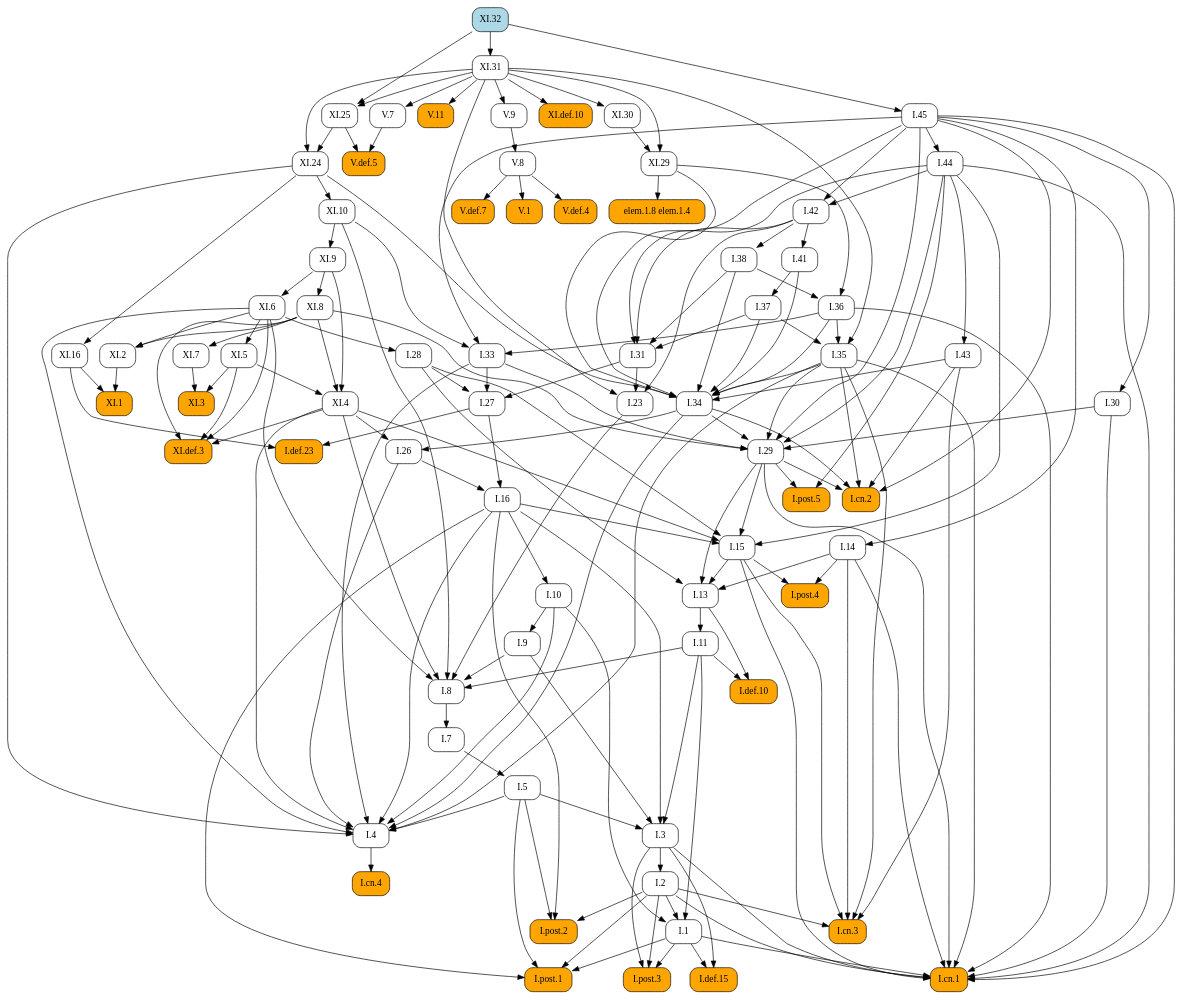
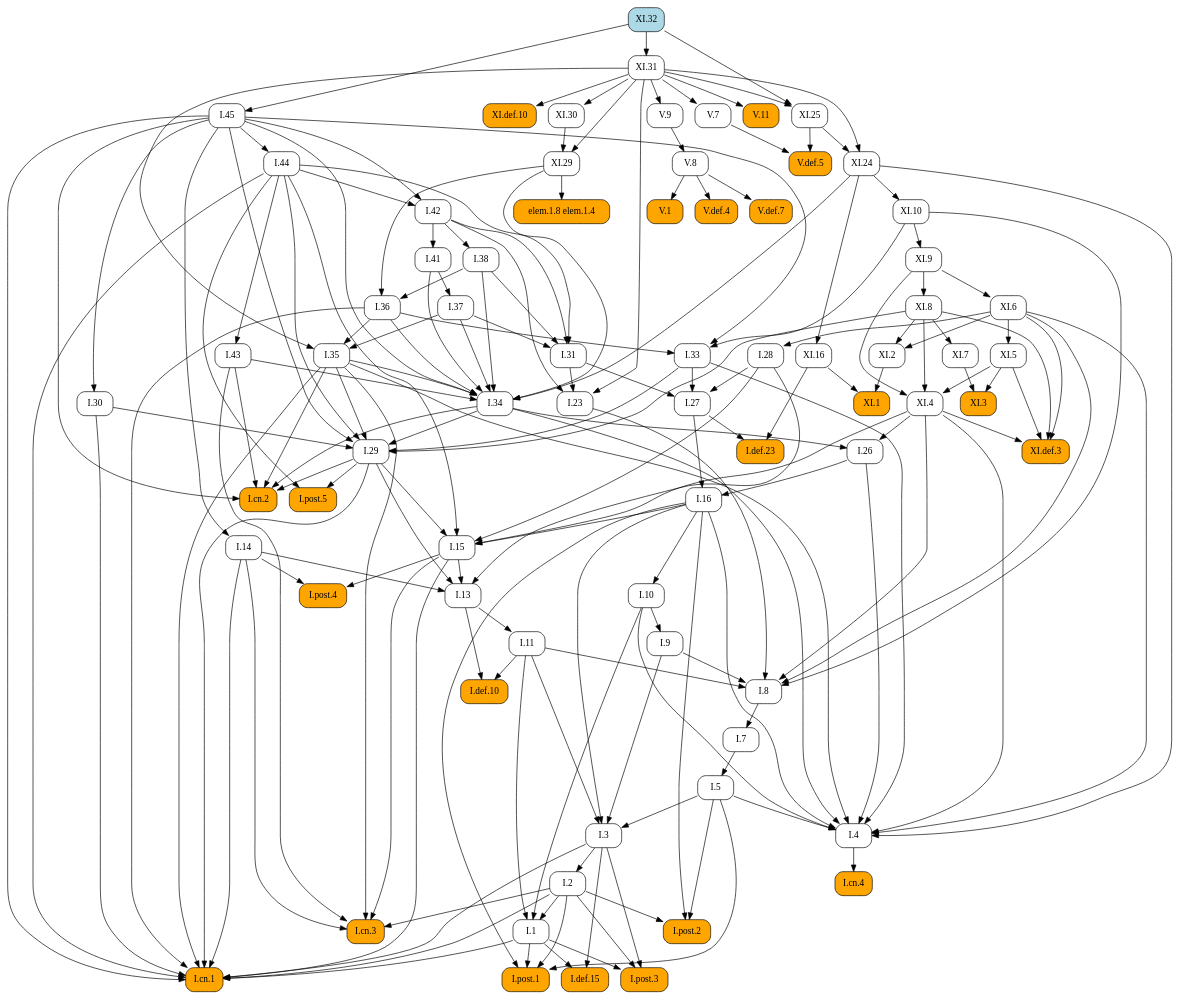
Before and after one commit to geometor/elements: the diagram in docsrc/heath/XI/32/index.rst, drawn with Graphviz. The commit also changed other lines of this file and 1029 other files, not shown here.

```diff
--- a/docsrc/heath/XI/32/index.rst
+++ b/docsrc/heath/XI/32/index.rst
@@ -36,92 +36,117 @@
    digraph {
      rankdir="TB";
      node [shape=box, style=rounded];
+     "I.def.10" [style="rounded,filled", fillcolor=orange, URL="/heath/I/def.10/", target="_top"];
+     "I.11" [URL="/heath/I/11/", target="_top"];
+     "I.post.4" [style="rounded,filled", fillcolor=orange, URL="/heath/I/post.4/", target="_top"];
+     "I.1" [URL="/heath/I/1/", target="_top"];
+     "I.28" [URL="/heath/I/28/", target="_top"];
+     "XI.7" [URL="/heath/XI/7/", target="_top"];
+     "V.def.5" [style="rounded,filled", fillcolor=orange, URL="/heath/V/def.5/", target="_top"];
+     "XI.9" [URL="/heath/XI/9/", target="_top"];
+     "XI.8" [URL="/heath/XI/8/", target="_top"];
+     "V.11" [style="rounded,filled", fillcolor=orange, URL="/heath/V/11/", target="_top"];
+     "I.post.3" [style="rounded,filled", fillcolor=orange, URL="/heath/I/post.3/", target="_top"];
+     "XI.1" [style="rounded,filled", fillcolor=orange, URL="/heath/XI/1/", target="_top"];
+     "I.cn.3" [style="rounded,filled", fillcolor=orange, URL="/heath/I/cn.3/", target="_top"];
+     "XI.25" [URL="/heath/XI/25/", target="_top"];
+     "I.14" [URL="/heath/I/14/", target="_top"];
+     "XI.2" [URL="/heath/XI/2/", target="_top"];
+     "XI.16" [URL="/heath/XI/16/", target="_top"];
+     "XI.31" [URL="/heath/XI/31/", target="_top"];
+     "I.27" [URL="/heath/I/27/", target="_top"];
+     "I.41" [URL="/heath/I/41/", target="_top"];
+     "V.8" [URL="/heath/V/8/", target="_top"];
+     "I.36" [URL="/heath/I/36/", target="_top"];
+     "I.34" [URL="/heath/I/34/", target="_top"];
+     "I.37" [URL="/heath/I/37/", target="_top"];
+     "I.2" [URL="/heath/I/2/", target="_top"];
+     "I.def.23" [style="rounded,filled", fillcolor=orange, URL="/heath/I/def.23/", target="_top"];
+     "elem.1.8 elem.1.4" [style="rounded,filled", fillcolor=orange];
+     "XI.32" [style="rounded,filled", fillcolor=lightblue, URL="/heath/XI/32/", target="_top"];
+     "I.33" [URL="/heath/I/33/", target="_top"];
+     "I.post.2" [style="rounded,filled", fillcolor=orange, URL="/heath/I/post.2/", target="_top"];
+     "I.45" [URL="/heath/I/45/", target="_top"];
+     "I.42" [URL="/heath/I/42/", target="_top"];
+     "I.9" [URL="/heath/I/9/", target="_top"];
+     "I.cn.4" [style="rounded,filled", fillcolor=orange, URL="/heath/I/cn.4/", target="_top"];
+     "V.def.4" [style="rounded,filled", fillcolor=orange, URL="/heath/V/def.4/", target="_top"];
+     "I.15" [URL="/heath/I/15/", target="_top"];
+     "I.38" [URL="/heath/I/38/", target="_top"];
+     "V.def.7" [style="rounded,filled", fillcolor=orange, URL="/heath/V/def.7/", target="_top"];
+     "I.5" [URL="/heath/I/5/", target="_top"];
+     "XI.def.3" [style="rounded,filled", fillcolor=orange, URL="/heath/XI/def.3/", target="_top"];
+     "I.26" [URL="/heath/I/26/", target="_top"];
+     "I.29" [URL="/heath/I/29/", target="_top"];
+     "I.cn.2" [style="rounded,filled", fillcolor=orange, URL="/heath/I/cn.2/", target="_top"];
+     "XI.30" [URL="/heath/XI/30/", target="_top"];
+     "I.def.15" [style="rounded,filled", fillcolor=orange, URL="/heath/I/def.15/", target="_top"];
+     "XI.5" [URL="/heath/XI/5/", target="_top"];
+     "I.cn.1" [style="rounded,filled", fillcolor=orange, URL="/heath/I/cn.1/", target="_top"];
+     "I.30" [URL="/heath/I/30/", target="_top"];
+     "V.7" [URL="/heath/V/7/", target="_top"];
+     "XI.29" [URL="/heath/XI/29/", target="_top"];
+     "V.9" [URL="/heath/V/9/", target="_top"];
+     "I.23" [URL="/heath/I/23/", target="_top"];
+     "I.43" [URL="/heath/I/43/", target="_top"];
+     "I.post.1" [style="rounded,filled", fillcolor=orange, URL="/heath/I/post.1/", target="_top"];
+     "XI.6" [URL="/heath/XI/6/", target="_top"];
+     "I.35" [URL="/heath/I/35/", target="_top"];
+     "I.7" [URL="/heath/I/7/", target="_top"];
+     "I.3" [URL="/heath/I/3/", target="_top"];
+     "I.4" [URL="/heath/I/4/", target="_top"];
+     "I.13" [URL="/heath/I/13/", target="_top"];
+     "XI.def.10" [style="rounded,filled", fillcolor=orange, URL="/heath/XI/def.10/", target="_top"];
+     "I.31" [URL="/heath/I/31/", target="_top"];
      "V.1" [style="rounded,filled", fillcolor=orange, URL="/heath/V/1/", target="_top"];
-     "XI.32" [style="rounded,filled", fillcolor=lightblue, URL="/heath/XI/32/", target="_top"];
-     "I.29" [URL="/heath/I/29/", target="_top"];
-     "I.7" [URL="/heath/I/7/", target="_top"];
-     "I.27" [URL="/heath/I/27/", target="_top"];
-     "I.def.23" [style="rounded,filled", fillcolor=orange, URL="/heath/I/def.23/", target="_top"];
-     "I.34" [URL="/heath/I/34/", target="_top"];
+     "I.16" [URL="/heath/I/16/", target="_top"];
      "I.8" [URL="/heath/I/8/", target="_top"];
-     "I.9" [URL="/heath/I/9/", target="_top"];
      "XI.4" [URL="/heath/XI/4/", target="_top"];
-     "I.post.4" [style="rounded,filled", fillcolor=orange, URL="/heath/I/post.4/", target="_top"];
-     "I.2" [URL="/heath/I/2/", target="_top"];
-     "I.28" [URL="/heath/I/28/", target="_top"];
-     "XI.1" [style="rounded,filled", fillcolor=orange, URL="/heath/XI/1/", target="_top"];
-     "I.cn.4" [style="rounded,filled", fillcolor=orange, URL="/heath/I/cn.4/", target="_top"];
-     "XI.31" [URL="/heath/XI/31/", target="_top"];
-     "XI.25" [URL="/heath/XI/25/", target="_top"];
-     "I.23" [URL="/heath/I/23/", target="_top"];
-     "I.13" [URL="/heath/I/13/", target="_top"];
-     "I.5" [URL="/heath/I/5/", target="_top"];
-     "I.11" [URL="/heath/I/11/", target="_top"];
-     "XI.def.10" [style="rounded,filled", fillcolor=orange, URL="/heath/XI/def.10/", target="_top"];
-     "I.4" [URL="/heath/I/4/", target="_top"];
-     "XI.5" [URL="/heath/XI/5/", target="_top"];
-     "I.43" [URL="/heath/I/43/", target="_top"];
-     "I.def.10" [style="rounded,filled", fillcolor=orange, URL="/heath/I/def.10/", target="_top"];
-     "I.post.3" [style="rounded,filled", fillcolor=orange, URL="/heath/I/post.3/", target="_top"];
-     "V.9" [URL="/heath/V/9/", target="_top"];
-     "XI.30" [URL="/heath/XI/30/", target="_top"];
-     "XI.6" [URL="/heath/XI/6/", target="_top"];
-     "XI.7" [URL="/heath/XI/7/", target="_top"];
-     "I.36" [URL="/heath/I/36/", target="_top"];
-     "I.15" [URL="/heath/I/15/", target="_top"];
-     "XI.2" [URL="/heath/XI/2/", target="_top"];
-     "XI.8" [URL="/heath/XI/8/", target="_top"];
-     "I.41" [URL="/heath/I/41/", target="_top"];
-     "V.def.5" [style="rounded,filled", fillcolor=orange, URL="/heath/V/def.5/", target="_top"];
-     "I.cn.3" [style="rounded,filled", fillcolor=orange, URL="/heath/I/cn.3/", target="_top"];
-     "I.30" [URL="/heath/I/30/", target="_top"];
-     "I.45" [URL="/heath/I/45/", target="_top"];
-     "I.38" [URL="/heath/I/38/", target="_top"];
-     "V.def.4" [style="rounded,filled", fillcolor=orange, URL="/heath/V/def.4/", target="_top"];
-     "V.8" [URL="/heath/V/8/", target="_top"];
-     "I.42" [URL="/heath/I/42/", target="_top"];
-     "V.7" [URL="/heath/V/7/", target="_top"];
-     "I.1" [URL="/heath/I/1/", target="_top"];
+     "XI.24" [URL="/heath/XI/24/", target="_top"];
      "I.44" [URL="/heath/I/44/", target="_top"];
-     "I.def.15" [style="rounded,filled", fillcolor=orange, URL="/heath/I/def.15/", target="_top"];
-     "I.post.1" [style="rounded,filled", fillcolor=orange, URL="/heath/I/post.1/", target="_top"];
+     "I.post.5" [style="rounded,filled", fillcolor=orange, URL="/heath/I/post.5/", target="_top"];
+     "I.10" [URL="/heath/I/10/", target="_top"];
      "XI.10" [URL="/heath/XI/10/", target="_top"];
-     "I.26" [URL="/heath/I/26/", target="_top"];
-     "I.33" [URL="/heath/I/33/", target="_top"];
-     "XI.9" [URL="/heath/XI/9/", target="_top"];
-     "V.def.7" [style="rounded,filled", fillcolor=orange, URL="/heath/V/def.7/", target="_top"];
-     "I.cn.2" [style="rounded,filled", fillcolor=orange, URL="/heath/I/cn.2/", target="_top"];
-     "I.10" [URL="/heath/I/10/", target="_top"];
-     "I.3" [URL="/heath/I/3/", target="_top"];
-     "I.16" [URL="/heath/I/16/", target="_top"];
-     "I.31" [URL="/heath/I/31/", target="_top"];
-     "V.11" [style="rounded,filled", fillcolor=orange, URL="/heath/V/11/", target="_top"];
-     "XI.def.3" [style="rounded,filled", fillcolor=orange, URL="/heath/XI/def.3/", target="_top"];
-     "XI.29" [URL="/heath/XI/29/", target="_top"];
-     "I.post.2" [style="rounded,filled", fillcolor=orange, URL="/heath/I/post.2/", target="_top"];
-     "I.post.5" [style="rounded,filled", fillcolor=orange, URL="/heath/I/post.5/", target="_top"];
      "XI.3" [style="rounded,filled", fillcolor=orange, URL="/heath/XI/3/", target="_top"];
-     "I.14" [URL="/heath/I/14/", target="_top"];
-     "I.35" [URL="/heath/I/35/", target="_top"];
-     "XI.24" [URL="/heath/XI/24/", target="_top"];
-     "I.cn.1" [style="rounded,filled", fillcolor=orange, URL="/heath/I/cn.1/", target="_top"];
-     "elem.1.8 elem.1.4" [style="rounded,filled", fillcolor=orange];
-     "I.37" [URL="/heath/I/37/", target="_top"];
-     "XI.16" [URL="/heath/XI/16/", target="_top"];
-     "V.8" -> "V.1";
-     "I.30" -> "I.29";
-     "I.33" -> "I.29";
-     "I.34" -> "I.29";
-     "I.35" -> "I.29";
-     "I.44" -> "I.29";
-     "I.45" -> "I.29";
-     "XI.8" -> "I.29";
-     "I.8" -> "I.7";
+     "I.11" -> "I.def.10";
+     "I.13" -> "I.def.10";
+     "I.13" -> "I.11";
+     "I.14" -> "I.post.4";
+     "I.15" -> "I.post.4";
+     "I.2" -> "I.1";
+     "I.10" -> "I.1";
+     "I.11" -> "I.1";
+     "XI.6" -> "I.28";
+     "XI.8" -> "XI.7";
+     "V.7" -> "V.def.5";
+     "XI.25" -> "V.def.5";
+     "XI.10" -> "XI.9";
+     "XI.9" -> "XI.8";
+     "XI.31" -> "V.11";
+     "I.1" -> "I.post.3";
+     "I.2" -> "I.post.3";
+     "I.3" -> "I.post.3";
+     "XI.2" -> "XI.1";
+     "XI.16" -> "XI.1";
+     "I.2" -> "I.cn.3";
+     "I.14" -> "I.cn.3";
+     "I.15" -> "I.cn.3";
+     "I.35" -> "I.cn.3";
+     "I.43" -> "I.cn.3";
+     "XI.31" -> "XI.25";
+     "XI.32" -> "XI.25";
+     "I.45" -> "I.14";
+     "XI.6" -> "XI.2";
+     "XI.8" -> "XI.2";
+     "XI.24" -> "XI.16";
+     "XI.32" -> "XI.31";
      "I.28" -> "I.27";
      "I.31" -> "I.27";
      "I.33" -> "I.27";
-     "I.27" -> "I.def.23";
-     "XI.16" -> "I.def.23";
+     "I.42" -> "I.41";
+     "V.9" -> "V.8";
+     "I.38" -> "I.36";
+     "XI.29" -> "I.36";
      "I.35" -> "I.34";
      "I.36" -> "I.34";
      "I.37" -> "I.34";
@@ -131,137 +156,53 @@
      "I.45" -> "I.34";
      "XI.24" -> "I.34";
      "XI.29" -> "I.34";
-     "I.9" -> "I.8";
-     "I.11" -> "I.8";
-     "I.23" -> "I.8";
-     "XI.4" -> "I.8";
-     "XI.6" -> "I.8";
-     "XI.10" -> "I.8";
+     "I.41" -> "I.37";
+     "I.3" -> "I.2";
+     "I.27" -> "I.def.23";
+     "XI.16" -> "I.def.23";
+     "XI.29" -> "elem.1.8 elem.1.4";
+     "I.36" -> "I.33";
+     "I.45" -> "I.33";
+     "XI.10" -> "I.33";
+     "I.2" -> "I.post.2";
+     "I.5" -> "I.post.2";
+     "I.16" -> "I.post.2";
+     "XI.32" -> "I.45";
+     "I.44" -> "I.42";
+     "I.45" -> "I.42";
      "I.10" -> "I.9";
-     "XI.5" -> "XI.4";
-     "XI.8" -> "XI.4";
-     "XI.9" -> "XI.4";
-     "I.14" -> "I.post.4";
-     "I.15" -> "I.post.4";
-     "I.3" -> "I.2";
-     "XI.6" -> "I.28";
-     "XI.2" -> "XI.1";
-     "XI.16" -> "XI.1";
      "I.4" -> "I.cn.4";
-     "XI.32" -> "XI.31";
-     "XI.31" -> "XI.25";
-     "XI.32" -> "XI.25";
-     "I.31" -> "I.23";
-     "I.42" -> "I.23";
-     "XI.31" -> "I.23";
-     "I.14" -> "I.13";
-     "I.15" -> "I.13";
-     "I.28" -> "I.13";
-     "I.29" -> "I.13";
-     "I.7" -> "I.5";
-     "I.13" -> "I.11";
-     "XI.31" -> "XI.def.10";
-     "I.5" -> "I.4";
-     "I.10" -> "I.4";
-     "I.16" -> "I.4";
-     "I.26" -> "I.4";
-     "I.33" -> "I.4";
-     "I.34" -> "I.4";
-     "I.35" -> "I.4";
-     "XI.4" -> "I.4";
-     "XI.6" -> "I.4";
-     "XI.24" -> "I.4";
-     "XI.6" -> "XI.5";
-     "I.44" -> "I.43";
-     "I.11" -> "I.def.10";
-     "I.13" -> "I.def.10";
-     "I.1" -> "I.post.3";
-     "I.2" -> "I.post.3";
-     "I.3" -> "I.post.3";
-     "XI.31" -> "V.9";
-     "XI.31" -> "XI.30";
-     "XI.9" -> "XI.6";
-     "XI.8" -> "XI.7";
-     "I.38" -> "I.36";
-     "XI.29" -> "I.36";
+     "V.8" -> "V.def.4";
      "I.16" -> "I.15";
      "I.28" -> "I.15";
      "I.29" -> "I.15";
      "I.44" -> "I.15";
      "XI.4" -> "I.15";
-     "XI.6" -> "XI.2";
-     "XI.8" -> "XI.2";
-     "XI.9" -> "XI.8";
-     "I.42" -> "I.41";
-     "V.7" -> "V.def.5";
-     "XI.25" -> "V.def.5";
-     "I.2" -> "I.cn.3";
-     "I.14" -> "I.cn.3";
-     "I.15" -> "I.cn.3";
-     "I.35" -> "I.cn.3";
-     "I.43" -> "I.cn.3";
-     "I.45" -> "I.30";
-     "XI.32" -> "I.45";
      "I.42" -> "I.38";
-     "V.8" -> "V.def.4";
-     "V.9" -> "V.8";
-     "I.44" -> "I.42";
-     "I.45" -> "I.42";
-     "XI.31" -> "V.7";
-     "I.2" -> "I.1";
-     "I.10" -> "I.1";
-     "I.11" -> "I.1";
-     "I.45" -> "I.44";
-     "I.1" -> "I.def.15";
-     "I.3" -> "I.def.15";
-     "I.1" -> "I.post.1";
-     "I.2" -> "I.post.1";
-     "I.5" -> "I.post.1";
-     "I.16" -> "I.post.1";
-     "XI.24" -> "XI.10";
+     "V.8" -> "V.def.7";
+     "I.7" -> "I.5";
+     "XI.4" -> "XI.def.3";
+     "XI.5" -> "XI.def.3";
+     "XI.6" -> "XI.def.3";
+     "XI.8" -> "XI.def.3";
      "I.34" -> "I.26";
      "XI.4" -> "I.26";
-     "I.36" -> "I.33";
-     "I.45" -> "I.33";
-     "XI.10" -> "I.33";
-     "XI.10" -> "XI.9";
-     "V.8" -> "V.def.7";
+     "I.30" -> "I.29";
+     "I.33" -> "I.29";
+     "I.34" -> "I.29";
+     "I.35" -> "I.29";
+     "I.44" -> "I.29";
+     "I.45" -> "I.29";
+     "XI.8" -> "I.29";
      "I.29" -> "I.cn.2";
      "I.34" -> "I.cn.2";
      "I.35" -> "I.cn.2";
      "I.43" -> "I.cn.2";
      "I.45" -> "I.cn.2";
-     "I.16" -> "I.10";
-     "I.5" -> "I.3";
-     "I.9" -> "I.3";
-     "I.11" -> "I.3";
-     "I.16" -> "I.3";
-     "I.26" -> "I.16";
-     "I.27" -> "I.16";
-     "I.37" -> "I.31";
-     "I.38" -> "I.31";
-     "I.42" -> "I.31";
-     "I.44" -> "I.31";
-     "XI.31" -> "V.11";
-     "XI.4" -> "XI.def.3";
-     "XI.5" -> "XI.def.3";
-     "XI.6" -> "XI.def.3";
-     "XI.8" -> "XI.def.3";
-     "XI.30" -> "XI.29";
-     "XI.31" -> "XI.29";
-     "I.2" -> "I.post.2";
-     "I.5" -> "I.post.2";
-     "I.16" -> "I.post.2";
-     "I.29" -> "I.post.5";
-     "I.44" -> "I.post.5";
-     "XI.5" -> "XI.3";
-     "XI.7" -> "XI.3";
-     "I.45" -> "I.14";
-     "I.36" -> "I.35";
-     "I.37" -> "I.35";
-     "XI.31" -> "I.35";
-     "XI.25" -> "XI.24";
-     "XI.31" -> "XI.24";
+     "XI.31" -> "XI.30";
+     "I.1" -> "I.def.15";
+     "I.3" -> "I.def.15";
+     "XI.6" -> "XI.5";
      "I.1" -> "I.cn.1";
      "I.2" -> "I.cn.1";
      "I.3" -> "I.cn.1";
@@ -273,7 +214,66 @@
      "I.36" -> "I.cn.1";
      "I.44" -> "I.cn.1";
      "I.45" -> "I.cn.1";
-     "XI.29" -> "elem.1.8 elem.1.4";
-     "I.41" -> "I.37";
-     "XI.24" -> "XI.16";
+     "I.45" -> "I.30";
+     "XI.31" -> "V.7";
+     "XI.30" -> "XI.29";
+     "XI.31" -> "XI.29";
+     "XI.31" -> "V.9";
+     "I.31" -> "I.23";
+     "I.42" -> "I.23";
+     "XI.31" -> "I.23";
+     "I.44" -> "I.43";
+     "I.1" -> "I.post.1";
+     "I.2" -> "I.post.1";
+     "I.5" -> "I.post.1";
+     "I.16" -> "I.post.1";
+     "XI.9" -> "XI.6";
+     "I.36" -> "I.35";
+     "I.37" -> "I.35";
+     "XI.31" -> "I.35";
+     "I.8" -> "I.7";
+     "I.5" -> "I.3";
+     "I.9" -> "I.3";
+     "I.11" -> "I.3";
+     "I.16" -> "I.3";
+     "I.5" -> "I.4";
+     "I.10" -> "I.4";
+     "I.16" -> "I.4";
+     "I.26" -> "I.4";
+     "I.33" -> "I.4";
+     "I.34" -> "I.4";
+     "I.35" -> "I.4";
+     "XI.4" -> "I.4";
+     "XI.6" -> "I.4";
+     "XI.24" -> "I.4";
+     "I.14" -> "I.13";
+     "I.15" -> "I.13";
+     "I.28" -> "I.13";
+     "I.29" -> "I.13";
+     "XI.31" -> "XI.def.10";
+     "I.37" -> "I.31";
+     "I.38" -> "I.31";
+     "I.42" -> "I.31";
+     "I.44" -> "I.31";
+     "V.8" -> "V.1";
+     "I.26" -> "I.16";
+     "I.27" -> "I.16";
+     "I.9" -> "I.8";
+     "I.11" -> "I.8";
+     "I.23" -> "I.8";
+     "XI.4" -> "I.8";
+     "XI.6" -> "I.8";
+     "XI.10" -> "I.8";
+     "XI.5" -> "XI.4";
+     "XI.8" -> "XI.4";
+     "XI.9" -> "XI.4";
+     "XI.25" -> "XI.24";
+     "XI.31" -> "XI.24";
+     "I.45" -> "I.44";
+     "I.29" -> "I.post.5";
+     "I.44" -> "I.post.5";
+     "I.16" -> "I.10";
+     "XI.24" -> "XI.10";
+     "XI.5" -> "XI.3";
+     "XI.7" -> "XI.3";
    }
```
